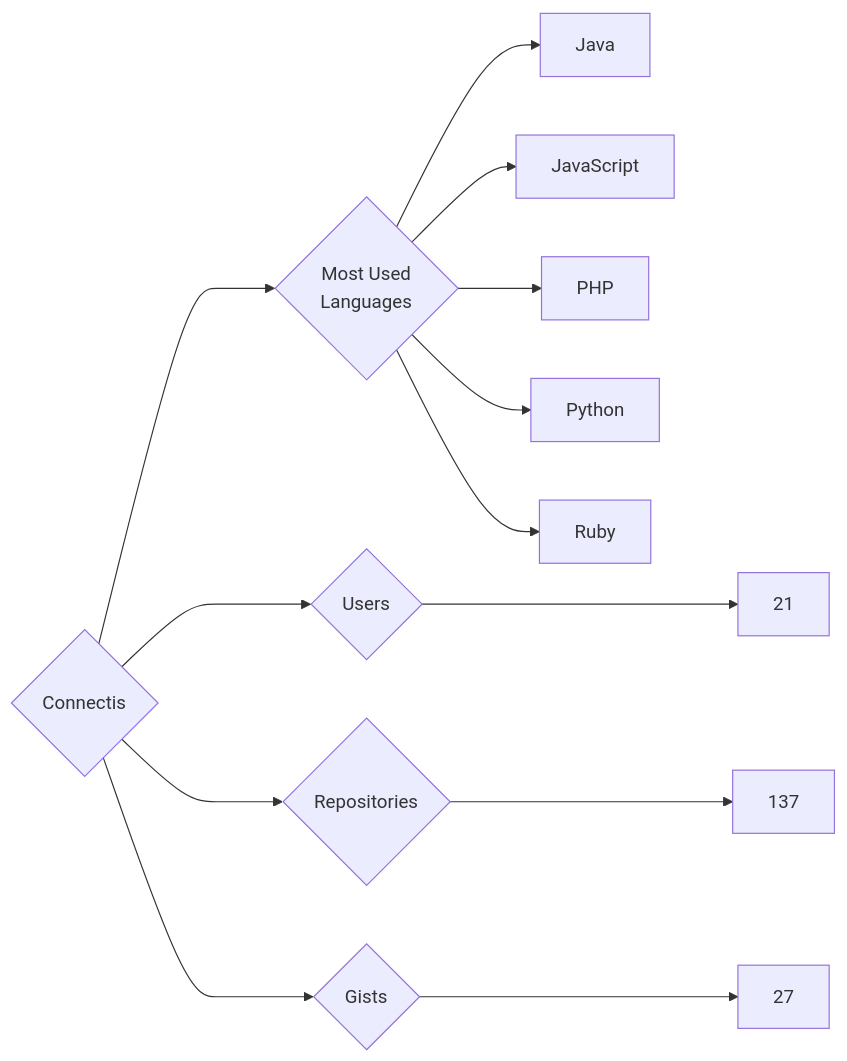
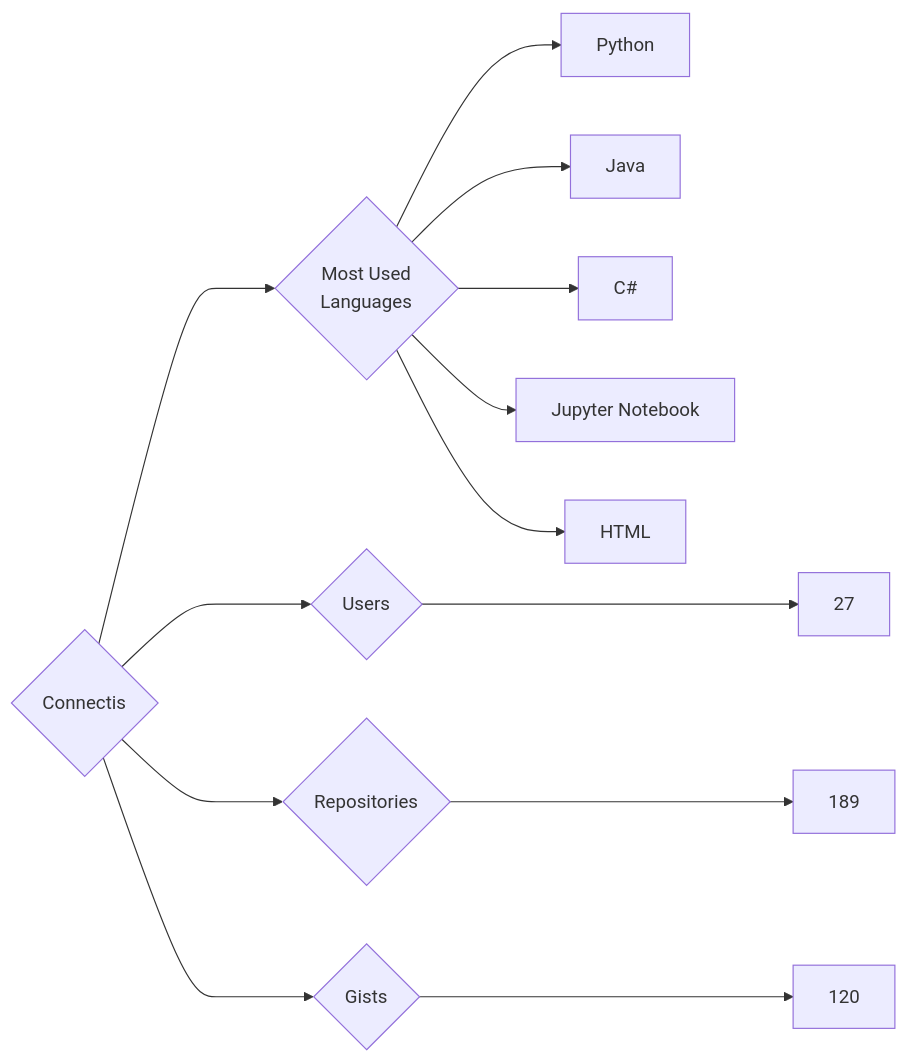
The diagram in targets/Connectis/README.md (trickest/insiders), drawn with Mermaid before and after one commit. The commit also changed 872 other files, not shown here.

````diff
--- a/targets/Connectis/README.md
+++ b/targets/Connectis/README.md
@@ -3,13 +3,13 @@
 ```mermaid
 graph LR
 COMPANY_NAME{Connectis}
-COMPANY_NAME ---> U{Users} ---> UN[21]
-COMPANY_NAME ---> R{Repositories} ---> RN[137]
-COMPANY_NAME ---> G{Gists} ---> GN[27]
+COMPANY_NAME ---> U{Users} ---> UN[27]
+COMPANY_NAME ---> R{Repositories} ---> RN[189]
+COMPANY_NAME ---> G{Gists} ---> GN[120]
 COMPANY_NAME ---> ML{Most Used<br>Languages}
+ML --> Python[Python]
 ML --> Java[Java]
-ML --> JavaScript[JavaScript]
-ML --> PHP[PHP]
-ML --> Python[Python]
-ML --> Ruby[Ruby]
+ML --> C#[C#]
+ML --> Jupyter_Notebook[Jupyter Notebook]
+ML --> HTML[HTML]
 ```
````
